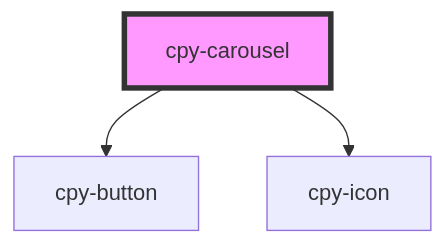
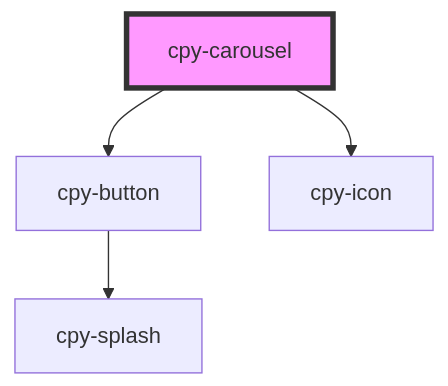
One commit to Lith1um/Canopy-Stencil changed the diagram in stencil-lib/src/components/carousel/readme.md. Above: the diagram before and after it, drawn with Mermaid. The commit also changed 152 other files, not shown here.

````diff
--- a/stencil-lib/src/components/carousel/readme.md
+++ b/stencil-lib/src/components/carousel/readme.md
@@ -23,6 +23,7 @@
 ```mermaid
 graph TD;
   cpy-carousel --> cpy-button
   cpy-carousel --> cpy-icon
+  cpy-button --> cpy-splash
   style cpy-carousel fill:#f9f,stroke:#333,stroke-width:4px
 ```
````
